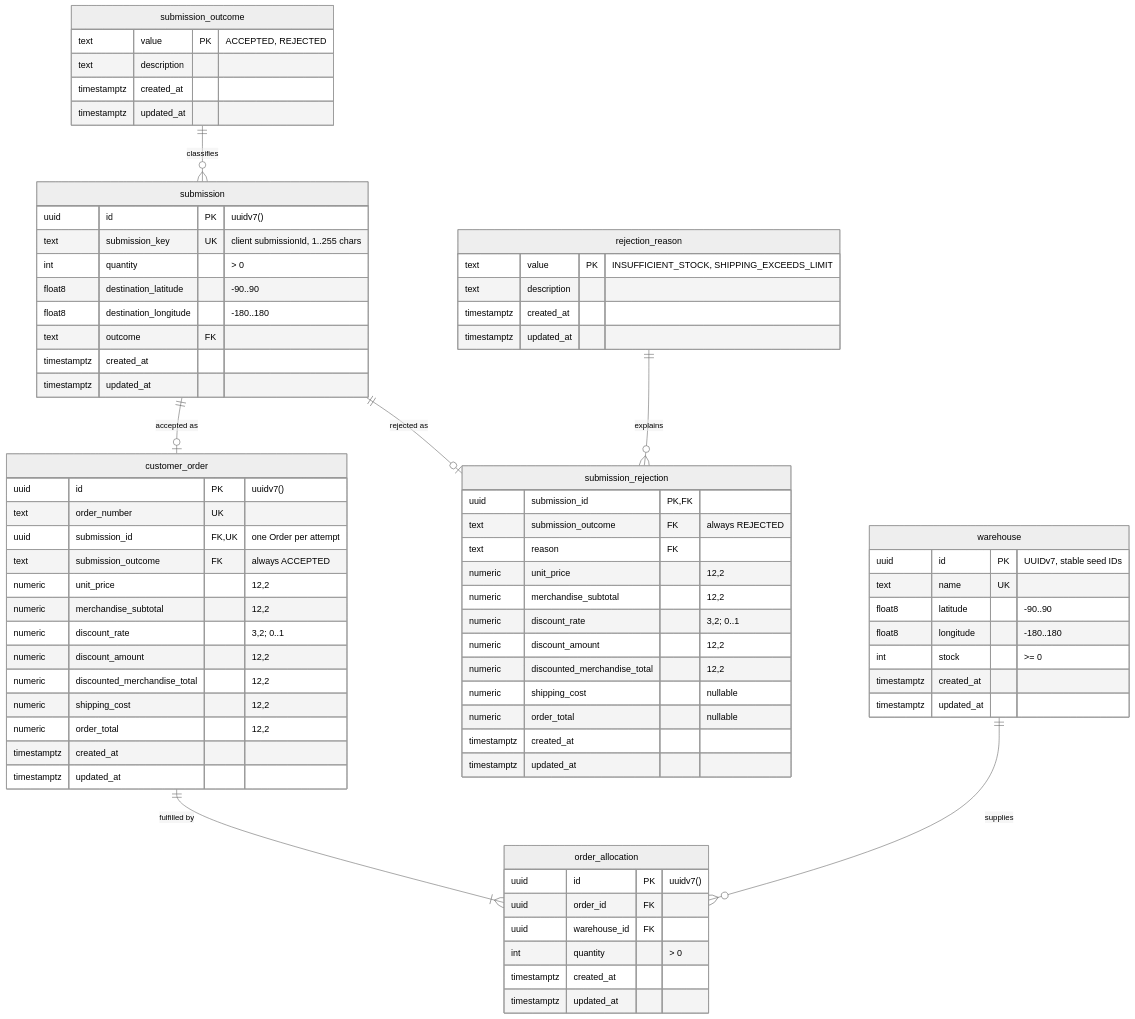
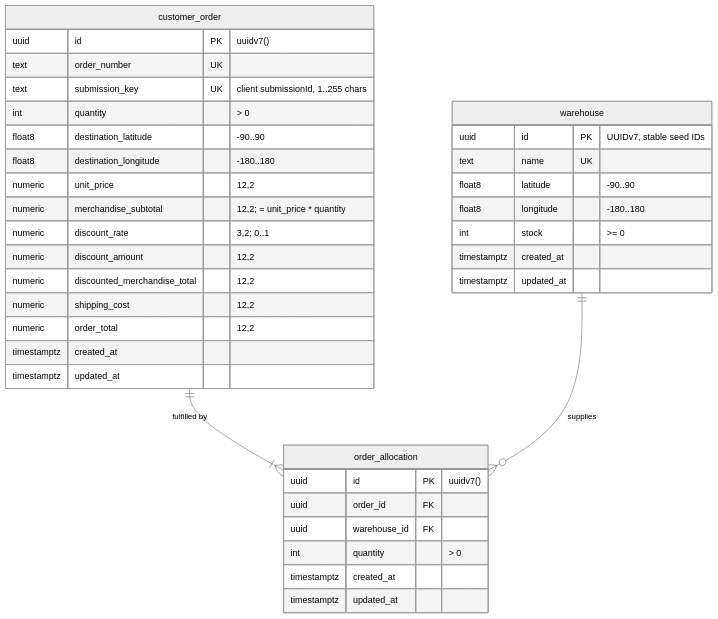
Before and after one commit to bonanaaaaaa/scos: the diagram in docs/database-schema.md, drawn with Mermaid (neutral theme). The commit also changed other lines of this file and 10 other files, not shown here.

First line of the commit message:
refactor(persistence): store only accepted orders with a submission key

````diff
--- a/docs/database-schema.md
+++ b/docs/database-schema.md
@@ -14,78 +16,40 @@
 ```mermaid
 erDiagram
-    submission_outcome ||--o{ submission : "classifies"
-    submission ||--o| customer_order : "accepted as"
-    submission ||--o| submission_rejection : "rejected as"
-    rejection_reason ||--o{ submission_rejection : "explains"
     customer_order ||--|{ order_allocation : "fulfilled by"
     warehouse ||--o{ order_allocation : "supplies"
 
-    submission_outcome {
-        text value PK "ACCEPTED, REJECTED"
-        text description
-        timestamptz created_at
-        timestamptz updated_at
-    }
-    rejection_reason {
-        text value PK "INSUFFICIENT_STOCK, SHIPPING_EXCEEDS_LIMIT"
-        text description
-        timestamptz created_at
-        timestamptz updated_at
-    }
     warehouse {
         uuid id PK "UUIDv7, stable seed IDs"
         text name UK
         float8 latitude "-90..90"
         float8 longitude "-180..180"
         int stock ">= 0"
         timestamptz created_at
         timestamptz updated_at
     }
-    submission {
+    customer_order {
         uuid id PK "uuidv7()"
+        text order_number UK
         text submission_key UK "client submissionId, 1..255 chars"
         int quantity "> 0"
         float8 destination_latitude "-90..90"
         float8 destination_longitude "-180..180"
-        text outcome FK
-        timestamptz created_at
-        timestamptz updated_at
-    }
-    customer_order {
-        uuid id PK "uuidv7()"
-        text order_number UK
-        uuid submission_id FK,UK "one Order per attempt"
-        text submission_outcome FK "always ACCEPTED"
         numeric unit_price "12,2"
-        numeric merchandise_subtotal "12,2"
+        numeric merchandise_subtotal "12,2; = unit_price * quantity"
         numeric discount_rate "3,2; 0..1"
         numeric discount_amount "12,2"
         numeric discounted_merchandise_total "12,2"
         numeric shipping_cost "12,2"
         numeric order_total "12,2"
         timestamptz created_at
         timestamptz updated_at
     }
     order_allocation {
         uuid id PK "uuidv7()"
         uuid order_id FK
         uuid warehouse_id FK
         int quantity "> 0"
         timestamptz created_at
         timestamptz updated_at
     }
-    submission_rejection {
-        uuid submission_id PK,FK
-        text submission_outcome FK "always REJECTED"
-        text reason FK
-        numeric unit_price "12,2"
-        numeric merchandise_subtotal "12,2"
-        numeric discount_rate "3,2; 0..1"
-        numeric discount_amount "12,2"
-        numeric discounted_merchandise_total "12,2"
-        numeric shipping_cost "nullable"
-        numeric order_total "nullable"
-        timestamptz created_at
-        timestamptz updated_at
-    }
 ```
````
